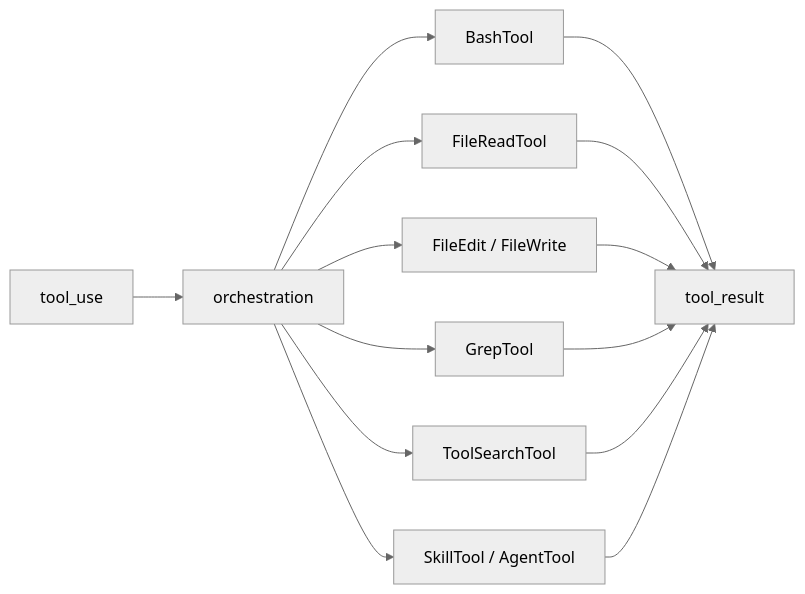
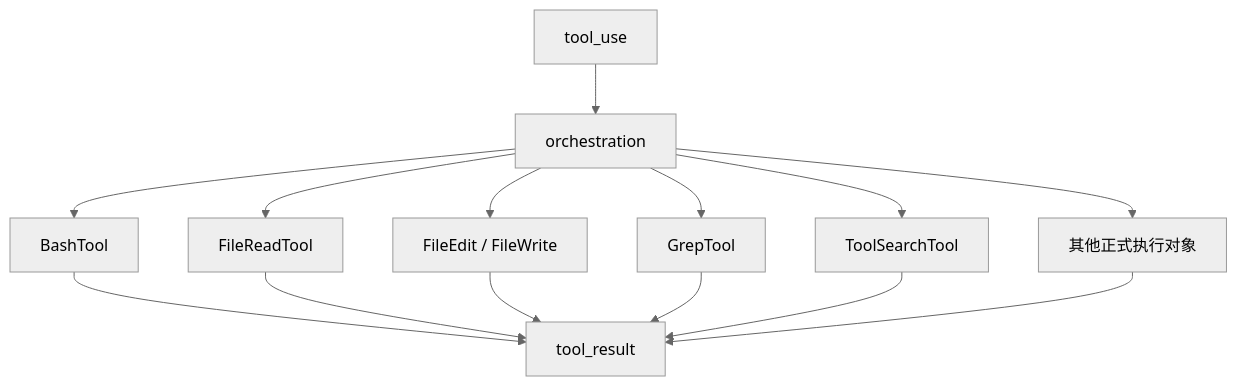
One commit to T0UGH/claude-code-source-guide changed the second of 2 diagrams in docs/guidebookv2/volume-3/04-how-orchestration-handles-a-tool-use.md. Above: the diagram before and after it, drawn with Mermaid (neutral theme). The commit also changed 13 other files, not shown here.

Commit message:
tighten volume-3 diagrams and boundaries

````diff
--- a/docs/guidebookv2/volume-3/04-how-orchestration-handles-a-tool-use.md
+++ b/docs/guidebookv2/volume-3/04-how-orchestration-handles-a-tool-use.md
@@ -162,16 +162,16 @@
 ```mermaid
-flowchart LR
+flowchart TD
     A[tool_use] --> B[orchestration]
     B --> C1[BashTool]
     B --> C2[FileReadTool]
     B --> C3[FileEdit / FileWrite]
     B --> C4[GrepTool]
     B --> C5[ToolSearchTool]
-    B --> C6[SkillTool / AgentTool]
+    B --> C6[其他正式执行对象]
     C1 --> D[tool_result]
     C2 --> D
     C3 --> D
     C4 --> D
     C5 --> D
     C6 --> D
 ```
````
